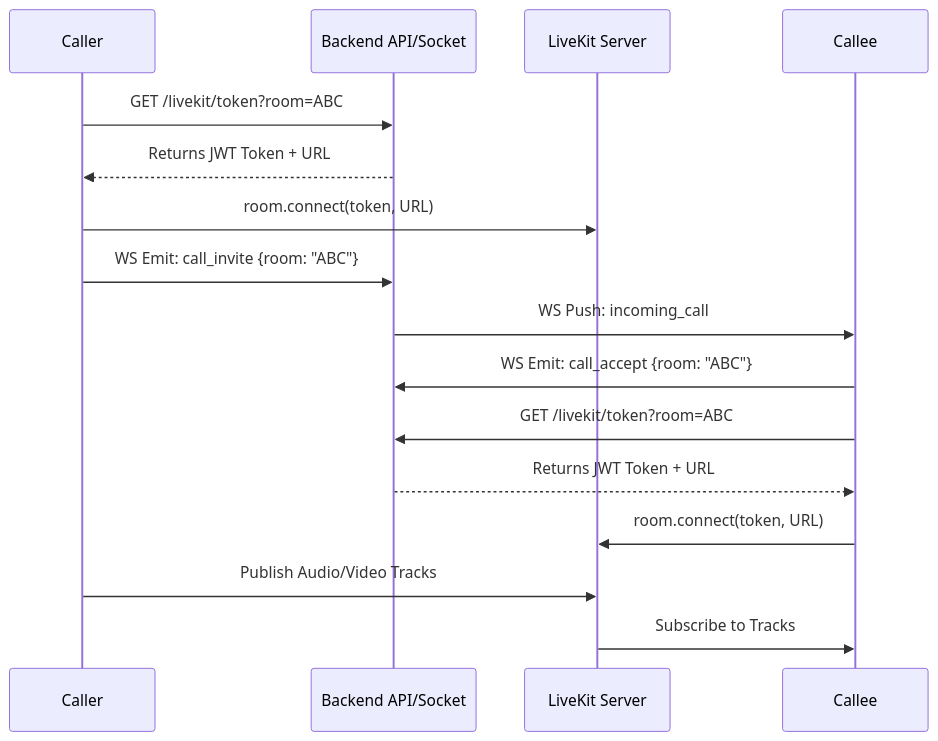
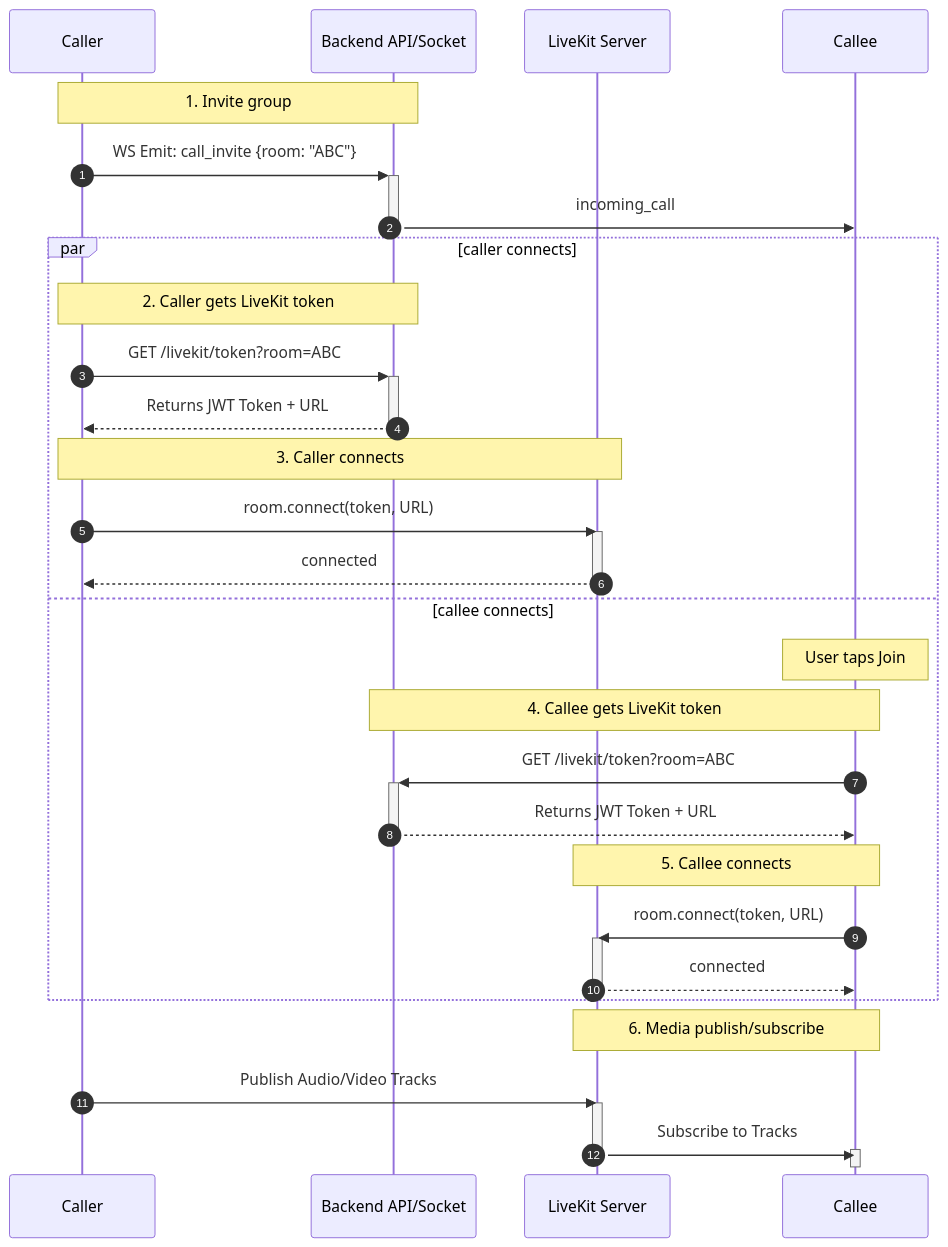
Before and after one commit to dinhhoang235/Chat-App: the second of 2 diagrams in docs/calls.md, drawn with Mermaid. The commit also changed other lines of this file and 12 other files, not shown here.

Commit message:
docs: enhance sequence diagrams with detailed notes for various features

````diff
--- a/docs/calls.md
+++ b/docs/calls.md
@@ -63,19 +84,44 @@
 ```mermaid
 sequenceDiagram
+  autonumber
   participant Caller
   participant S as Backend API/Socket
   participant LK as LiveKit Server 
   participant Callee
 
-  Caller->>S: GET /livekit/token?room=ABC
-  S-->>Caller: Returns JWT Token + URL
-  Caller->>LK: room.connect(token, URL)
-  Caller->>S: WS Emit: call_invite {room: "ABC"}
-  S->>Callee: WS Push: incoming_call
-  Callee->>S: WS Emit: call_accept {room: "ABC"}
-  Callee->>S: GET /livekit/token?room=ABC
-  S-->>Callee: Returns JWT Token + URL
-  Callee->>LK: room.connect(token, URL)
+  Note over Caller,S: 1. Invite group
+  Caller->>+S: WS Emit: call_invite {room: "ABC"}
+  S->>Callee: incoming_call
+  deactivate S
+
+  par caller connects
+    Note over Caller,S: 2. Caller gets LiveKit token
+    Caller->>+S: GET /livekit/token?room=ABC
+    S-->>Caller: Returns JWT Token + URL
+    deactivate S
+    Note over Caller,LK: 3. Caller connects
+    Caller->>LK: room.connect(token, URL)
+    activate LK
+    LK-->>Caller: connected
+    deactivate LK
+  and callee connects
+    Note over Callee: User taps Join
+    Note over Callee,S: 4. Callee gets LiveKit token
+    Callee->>+S: GET /livekit/token?room=ABC
+    S-->>Callee: Returns JWT Token + URL
+    deactivate S
+    Note over Callee,LK: 5. Callee connects
+    Callee->>LK: room.connect(token, URL)
+    activate LK
+    LK-->>Callee: connected
+    deactivate LK
+  end
+
+  Note over LK,Callee: 6. Media publish/subscribe
   Caller->>LK: Publish Audio/Video Tracks
+  activate LK
   LK->>Callee: Subscribe to Tracks
+  activate Callee
+  deactivate Callee
+  deactivate LK
 ```
````
